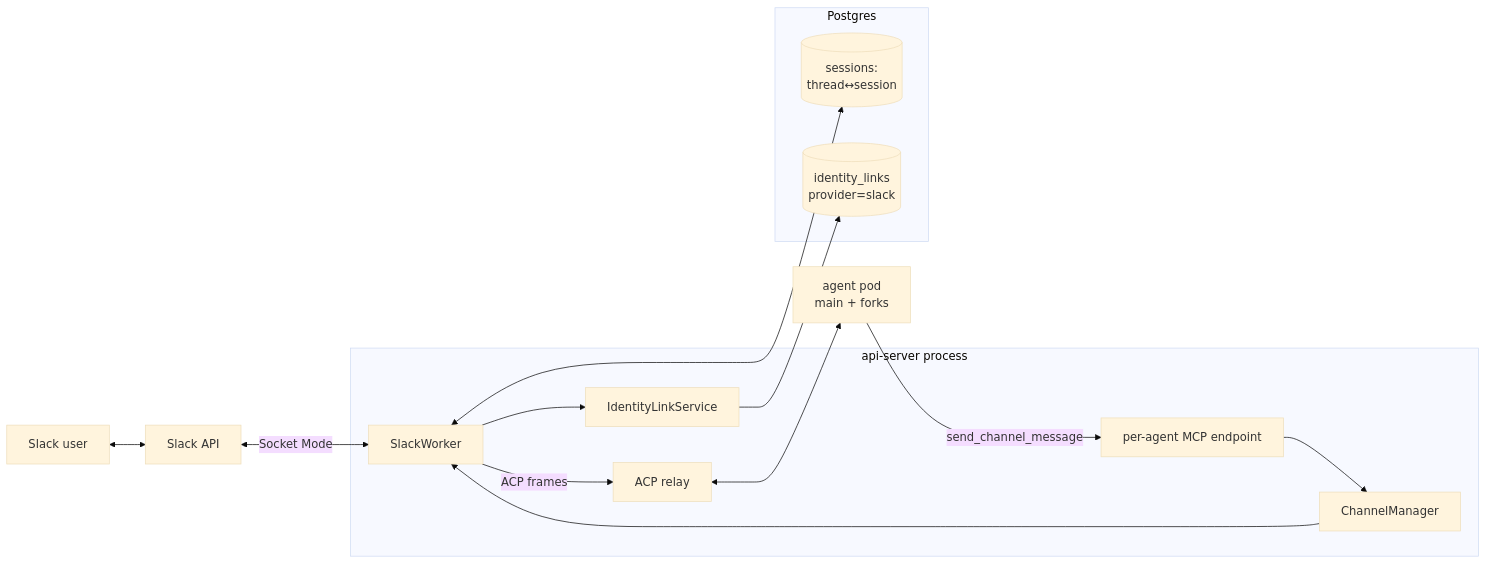
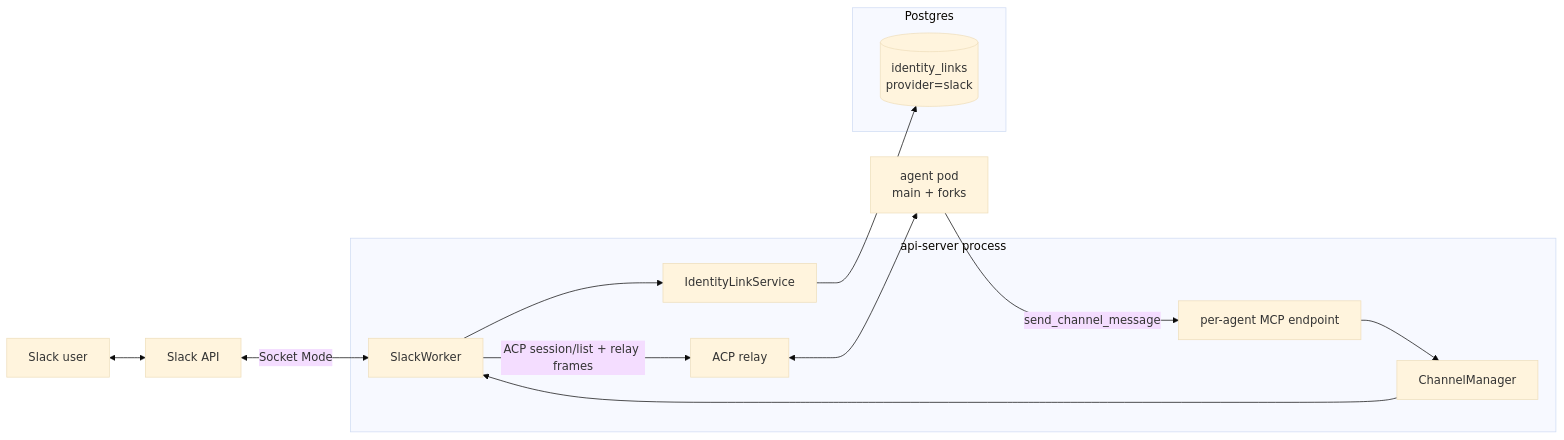
One commit to subbyte/dam changed the first of 4 diagrams in docs/architecture/channels.md. Above: the diagram before and after it, drawn with Mermaid (base theme). The commit also changed other lines of this file and 74 other files, not shown here.

First line of the commit message:
feat: agent-owned session metadata via ACP _meta — no server-side session store (ADR-055) (#420)

````diff
--- a/docs/architecture/channels.md
+++ b/docs/architecture/channels.md
@@ -39,31 +39,29 @@
 ```mermaid
 flowchart LR
   SU[Slack user]
   SAPI[Slack API]
 
   subgraph api-server[api-server process]
     CM[ChannelManager]
     SW[SlackWorker]
     IL[IdentityLinkService]
     MCP[per-agent MCP endpoint]
     REL[ACP relay]
   end
 
   subgraph DB[Postgres]
-    SES[(sessions:<br/>thread↔session)]
     LNK[(identity_links<br/>provider=slack)]
   end
 
   POD[agent pod<br/>main + forks]
 
   SU <--> SAPI
   SAPI <-- Socket Mode --> SW
   CM --> SW
   SW --> IL
   IL --> LNK
-  SW <--> SES
-  SW -- ACP frames --> REL
+  SW -- ACP session/list + relay frames --> REL
   REL <--> POD
   POD -- send_channel_message --> MCP
   MCP --> CM
 ```
````
